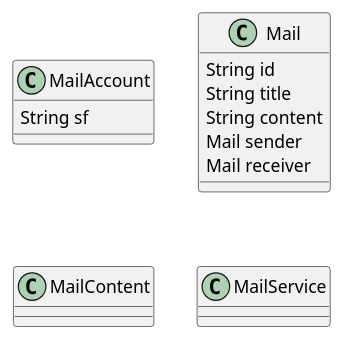
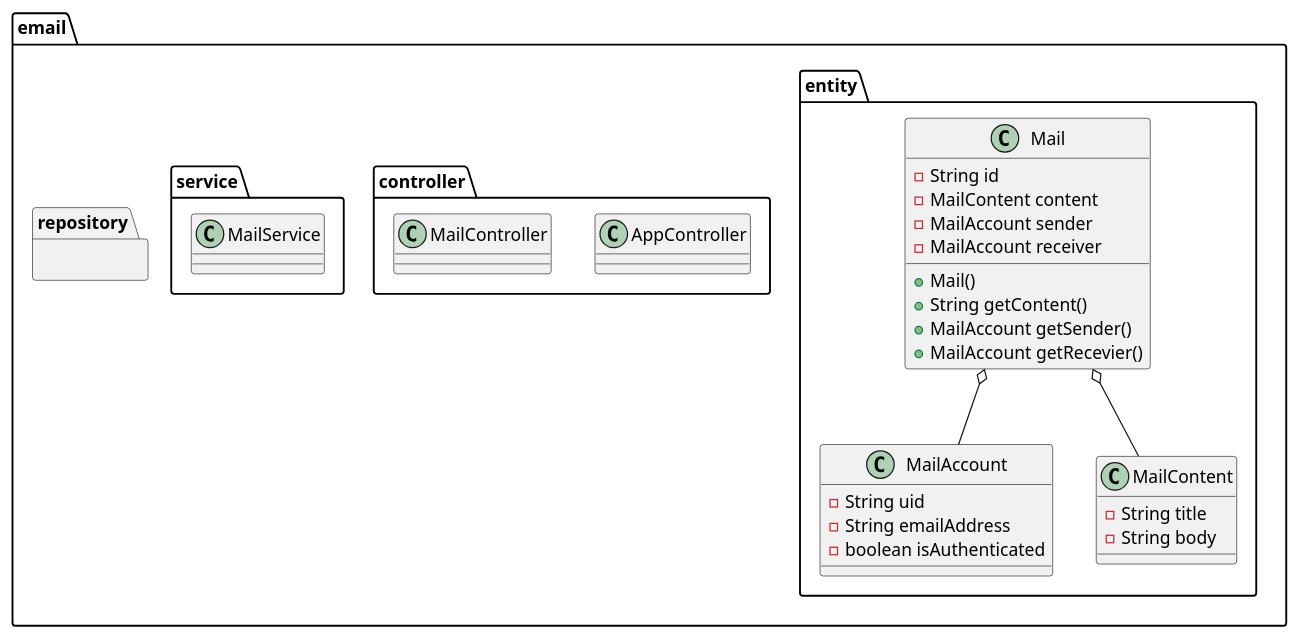
Before and after one commit to jinkyuhan/msa-email-service: the diagram in msa-email-service.pu, drawn with PlantUML. The commit also changed 55 other files, not shown here.

Commit message:
fix: delete docs not to include doclet uml

```diff
--- a/msa-email-service.pu
+++ b/msa-email-service.pu
@@ -2,24 +2,48 @@
 @startuml
-class MailAccount {
-  String sf
+package email.entity {
+  class MailAccount {
+  - String uid
+  - String emailAddress
+  - boolean isAuthenticated
+  }
+  class Mail {
+    - String id
+    - MailContent content
+    - MailAccount sender
+    - MailAccount receiver
+    + Mail()
+    + String getContent()
+    + MailAccount getSender()
+    + MailAccount getRecevier()
+  }
 
-}
-class Mail {
-  String id
-  String title
-  String content
-  Mail sender
-  Mail receiver
+  class MailContent {
+    - String title
+    - String body
+  }
 }
 
-class MailContent {
+package email.controller {
+  class AppController {
+
+  }
+  class MailController {
+
+  }
+}
+
+
+package email.repository {
 
 }
 
-class MailService {
+package email.service {
+  class MailService {
 
+  }
 }
 
-
-  ' Mail *-- MailContent 
+' Relation
+Mail o-- MailContent
+Mail o-- MailAccount
 @enduml
```
